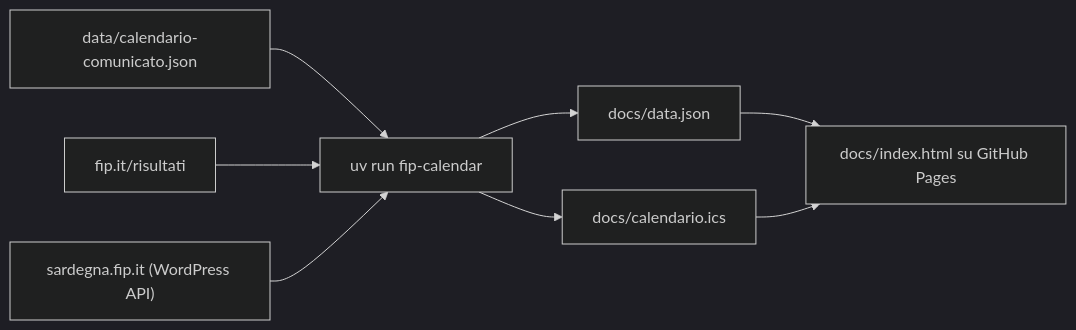
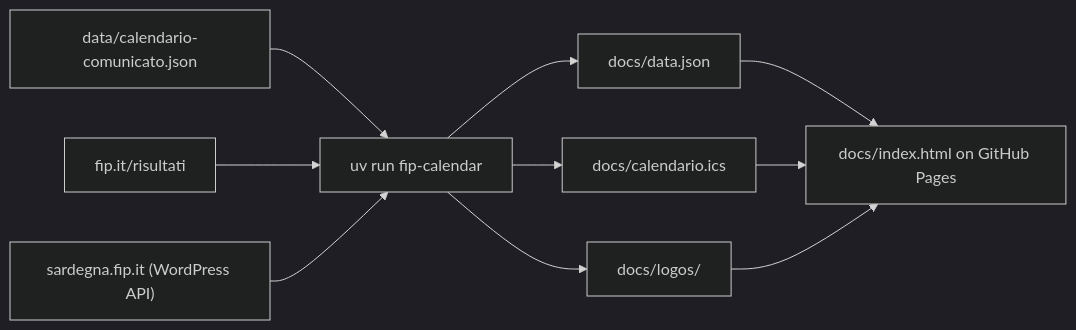
One commit to AndreaBonn/campionato-promozione-26-27 changed the diagram in README.md. Above: the diagram before and after it, drawn with Mermaid (dark theme). The commit also changed other lines of this file and 3 other files, not shown here.

````diff
--- a/README.md
+++ b/README.md
@@ -47,10 +56,12 @@
 ```mermaid
 flowchart LR
     comunicato["data/calendario-comunicato.json"] --> sync["uv run fip-calendar"]
     fip["fip.it/risultati"] --> sync
     posts["sardegna.fip.it (WordPress API)"] --> sync
     sync --> data["docs/data.json"]
     sync --> ics["docs/calendario.ics"]
-    data --> page["docs/index.html su GitHub Pages"]
+    sync --> logos["docs/logos/"]
+    data --> page["docs/index.html on GitHub Pages"]
     ics --> page
+    logos --> page
 ```
````
